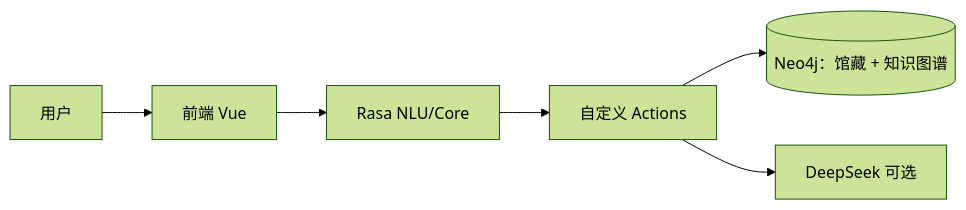
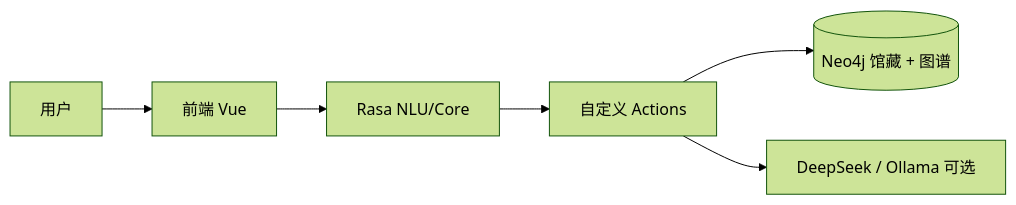
Before and after one commit to Si-Nan-Si-Mu/library_agent: the diagram in README.md, drawn with Mermaid (forest theme). The commit also changed other lines of this file, not shown here.

````diff
--- a/README.md
+++ b/README.md
@@ -90,8 +83,8 @@
 ```mermaid
 flowchart LR
   U[用户] --> FE[前端 Vue]
   FE --> RASA[Rasa NLU/Core]
   RASA --> ACT[自定义 Actions]
-  ACT --> NEO[(Neo4j：馆藏 + 知识图谱)]
-  ACT --> LLM[DeepSeek 可选]
+  ACT --> NEO[(Neo4j 馆藏 + 图谱)]
+  ACT --> LLM[DeepSeek / Ollama 可选]
 ```
````
